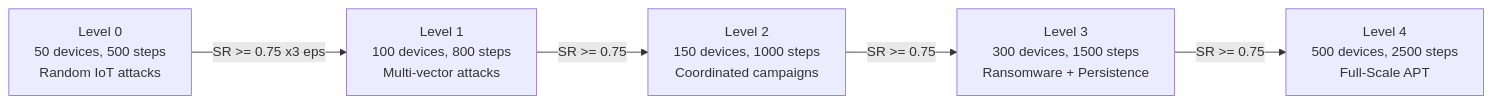
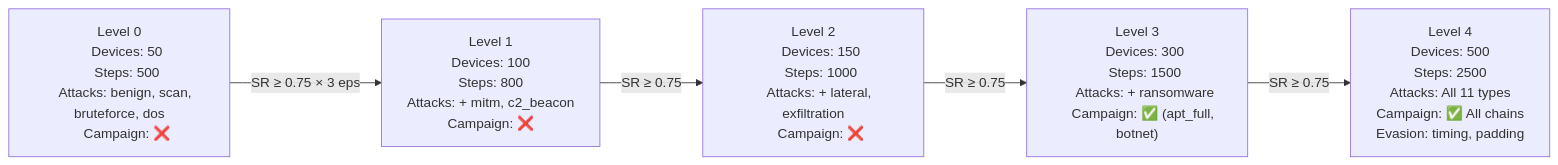
One commit to didi-09/AI_DRIVEN_SOAR changed diagram 12 of 14 in README.md. Above: the diagram before and after it, drawn with Mermaid. The commit also changed other lines of this file, not shown here.

````diff
--- a/README.md
+++ b/README.md
@@ -356,13 +600,38 @@
 ```mermaid
 flowchart LR
-    L0["Level 0<br/>50 devices, 500 steps<br/>Random IoT attacks"]
-    L1["Level 1<br/>100 devices, 800 steps<br/>Multi-vector attacks"]
-    L2["Level 2<br/>150 devices, 1000 steps<br/>Coordinated campaigns"]
-    L3["Level 3<br/>300 devices, 1500 steps<br/>Ransomware + Persistence"]
-    L4["Level 4<br/>500 devices, 2500 steps<br/>Full-Scale APT"]
+    L0["Level 0
+    Devices: 50
+    Steps: 500
+    Attacks: benign, scan, bruteforce, dos
+    Campaign: ❌"]
 
-    L0 -->|"SR >= 0.75 x3 eps"| L1
-    L1 -->|"SR >= 0.75"| L2
-    L2 -->|"SR >= 0.75"| L3
-    L3 -->|"SR >= 0.75"| L4
+    L1["Level 1
+    Devices: 100
+    Steps: 800
+    Attacks: + mitm, c2_beacon
+    Campaign: ❌"]
+
+    L2["Level 2
+    Devices: 150
+    Steps: 1000
+    Attacks: + lateral, exfiltration
+    Campaign: ❌"]
+
+    L3["Level 3
+    Devices: 300
+    Steps: 1500
+    Attacks: + ransomware
+    Campaign: ✅ (apt_full, botnet)"]
+
+    L4["Level 4
+    Devices: 500
+    Steps: 2500
+    Attacks: All 11 types
+    Campaign: ✅ All chains
+    Evasion: timing, padding"]
+
+    L0 -->|"SR ≥ 0.75 × 3 eps"| L1
+    L1 -->|"SR ≥ 0.75"| L2
+    L2 -->|"SR ≥ 0.75"| L3
+    L3 -->|"SR ≥ 0.75"| L4
 ```
````
